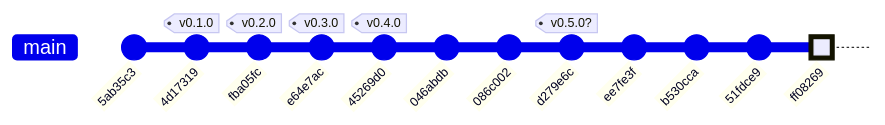
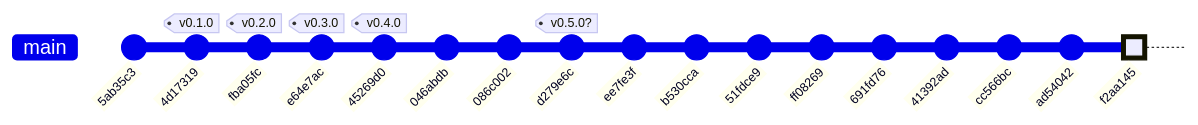
Before and after one commit to x-force-42/mmb-core: the second of 4 diagrams in docs/arvore.md, drawn with Mermaid. The commit also changed other lines of this file and 2 other files, not shown here.

````diff
--- a/docs/arvore.md
+++ b/docs/arvore.md
@@ -96,15 +99,20 @@
 ```mermaid
 gitGraph
    commit id: "5ab35c3"
    commit id: "4d17319" tag: "v0.1.0"
    commit id: "fba05fc" tag: "v0.2.0"
    commit id: "e64e7ac" tag: "v0.3.0"
    commit id: "45269d0" tag: "v0.4.0"
    commit id: "046abdb"
    commit id: "086c002"
    commit id: "d279e6c" tag: "v0.5.0?"
    commit id: "ee7fe3f"
    commit id: "b530cca"
    commit id: "51fdce9"
-   commit id: "ff08269" type: HIGHLIGHT
+   commit id: "ff08269"
+   commit id: "691fd76"
+   commit id: "41392ad"
+   commit id: "cc566bc"
+   commit id: "ad54042"
+   commit id: "f2aa145" type: HIGHLIGHT
 ```
````
